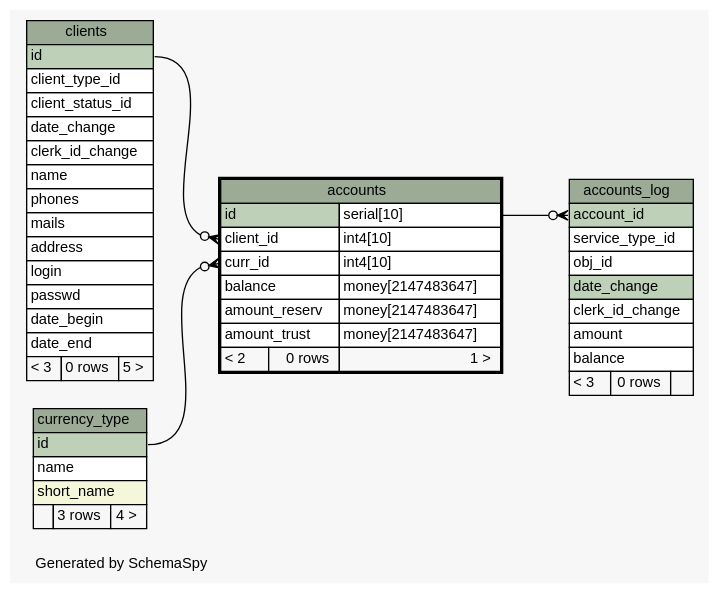
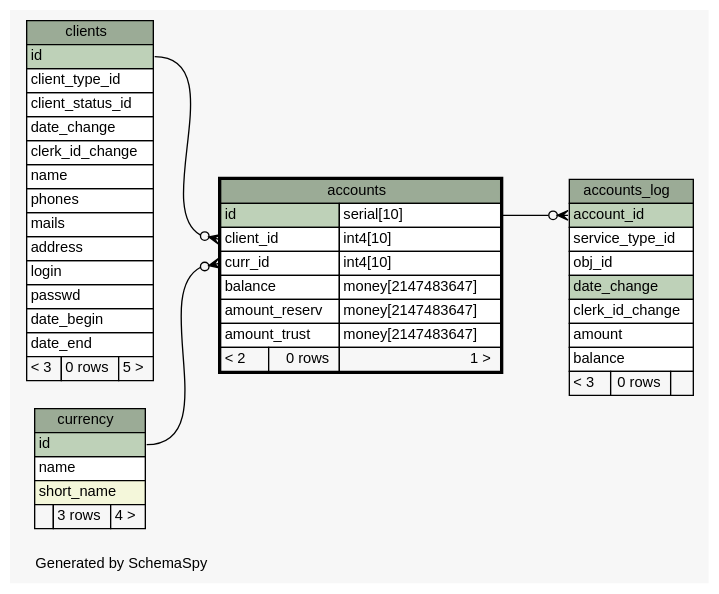
Before and after one commit to okharch/avox: the diagram in db_schema/diagrams/accounts.1degree.dot, drawn with Graphviz. The commit also changed 70 other files, not shown here.

```diff
--- a/db_schema/diagrams/accounts.1degree.dot
+++ b/db_schema/diagrams/accounts.1degree.dot
@@ -1,90 +1,90 @@
 // dot 2.26.0 on Linux 2.6.32-358.2.1.el6.x86_64
 // SchemaSpy rev 590
 digraph "oneDegreeRelationshipsDiagram" {
   graph [
     rankdir="RL"
     bgcolor="#f7f7f7"
     label="\nGenerated by SchemaSpy"
     labeljust="l"
     nodesep="0.18"
     ranksep="0.46"
     fontname="Helvetica"
     fontsize="11"
   ];
   node [
     fontname="Helvetica"
     fontsize="11"
     shape="plaintext"
   ];
   edge [
     arrowsize="0.8"
   ];
   "accounts":"client_id":w -> "clients":"id":e [arrowhead=none dir=back arrowtail=crowodot];
-  "accounts":"curr_id":w -> "currency_type":"id":e [arrowhead=none dir=back arrowtail=crowodot];
+  "accounts":"curr_id":w -> "currency":"id":e [arrowhead=none dir=back arrowtail=crowodot];
   "accounts_log":"account_id":w -> "accounts":"id.type":e [arrowhead=none dir=back arrowtail=crowodot];
   "accounts" [
     label=<
     <TABLE BORDER="2" CELLBORDER="1" CELLSPACING="0" BGCOLOR="#ffffff">
       <TR><TD COLSPAN="3" BGCOLOR="#9bab96" ALIGN="CENTER">accounts</TD></TR>
       <TR><TD PORT="id" COLSPAN="2" BGCOLOR="#bed1b8" ALIGN="LEFT">id</TD><TD PORT="id.type" ALIGN="LEFT">serial[10]</TD></TR>
       <TR><TD PORT="client_id" COLSPAN="2" ALIGN="LEFT">client_id</TD><TD PORT="client_id.type" ALIGN="LEFT">int4[10]</TD></TR>
       <TR><TD PORT="curr_id" COLSPAN="2" ALIGN="LEFT">curr_id</TD><TD PORT="curr_id.type" ALIGN="LEFT">int4[10]</TD></TR>
       <TR><TD PORT="balance" COLSPAN="2" ALIGN="LEFT">balance</TD><TD PORT="balance.type" ALIGN="LEFT">money[2147483647]</TD></TR>
       <TR><TD PORT="amount_reserv" COLSPAN="2" ALIGN="LEFT">amount_reserv</TD><TD PORT="amount_reserv.type" ALIGN="LEFT">money[2147483647]</TD></TR>
       <TR><TD PORT="amount_trust" COLSPAN="2" ALIGN="LEFT">amount_trust</TD><TD PORT="amount_trust.type" ALIGN="LEFT">money[2147483647]</TD></TR>
       <TR><TD ALIGN="LEFT" BGCOLOR="#f7f7f7">&lt; 2</TD><TD ALIGN="RIGHT" BGCOLOR="#f7f7f7">0 rows</TD><TD ALIGN="RIGHT" BGCOLOR="#f7f7f7">1 &gt;</TD></TR>
     </TABLE>>
     URL="accounts.html"
     tooltip="accounts"
   ];
   "accounts_log" [
     label=<
     <TABLE BORDER="0" CELLBORDER="1" CELLSPACING="0" BGCOLOR="#ffffff">
       <TR><TD COLSPAN="3" BGCOLOR="#9bab96" ALIGN="CENTER">accounts_log</TD></TR>
       <TR><TD PORT="account_id" COLSPAN="3" BGCOLOR="#bed1b8" ALIGN="LEFT">account_id</TD></TR>
       <TR><TD PORT="service_type_id" COLSPAN="3" ALIGN="LEFT">service_type_id</TD></TR>
       <TR><TD PORT="obj_id" COLSPAN="3" ALIGN="LEFT">obj_id</TD></TR>
       <TR><TD PORT="date_change" COLSPAN="3" BGCOLOR="#bed1b8" ALIGN="LEFT">date_change</TD></TR>
       <TR><TD PORT="clerk_id_change" COLSPAN="3" ALIGN="LEFT">clerk_id_change</TD></TR>
       <TR><TD PORT="amount" COLSPAN="3" ALIGN="LEFT">amount</TD></TR>
       <TR><TD PORT="balance" COLSPAN="3" ALIGN="LEFT">balance</TD></TR>
       <TR><TD ALIGN="LEFT" BGCOLOR="#f7f7f7">&lt; 3</TD><TD ALIGN="RIGHT" BGCOLOR="#f7f7f7">0 rows</TD><TD ALIGN="RIGHT" BGCOLOR="#f7f7f7">  </TD></TR>
     </TABLE>>
     URL="accounts_log.html"
     tooltip="accounts_log"
   ];
   "clients" [
     label=<
     <TABLE BORDER="0" CELLBORDER="1" CELLSPACING="0" BGCOLOR="#ffffff">
       <TR><TD COLSPAN="3" BGCOLOR="#9bab96" ALIGN="CENTER">clients</TD></TR>
       <TR><TD PORT="id" COLSPAN="3" BGCOLOR="#bed1b8" ALIGN="LEFT">id</TD></TR>
       <TR><TD PORT="client_type_id" COLSPAN="3" ALIGN="LEFT">client_type_id</TD></TR>
       <TR><TD PORT="client_status_id" COLSPAN="3" ALIGN="LEFT">client_status_id</TD></TR>
       <TR><TD PORT="date_change" COLSPAN="3" ALIGN="LEFT">date_change</TD></TR>
       <TR><TD PORT="clerk_id_change" COLSPAN="3" ALIGN="LEFT">clerk_id_change</TD></TR>
       <TR><TD PORT="name" COLSPAN="3" ALIGN="LEFT">name</TD></TR>
       <TR><TD PORT="phones" COLSPAN="3" ALIGN="LEFT">phones</TD></TR>
       <TR><TD PORT="mails" COLSPAN="3" ALIGN="LEFT">mails</TD></TR>
       <TR><TD PORT="address" COLSPAN="3" ALIGN="LEFT">address</TD></TR>
       <TR><TD PORT="login" COLSPAN="3" ALIGN="LEFT">login</TD></TR>
       <TR><TD PORT="passwd" COLSPAN="3" ALIGN="LEFT">passwd</TD></TR>
       <TR><TD PORT="date_begin" COLSPAN="3" ALIGN="LEFT">date_begin</TD></TR>
       <TR><TD PORT="date_end" COLSPAN="3" ALIGN="LEFT">date_end</TD></TR>
       <TR><TD ALIGN="LEFT" BGCOLOR="#f7f7f7">&lt; 3</TD><TD ALIGN="RIGHT" BGCOLOR="#f7f7f7">0 rows</TD><TD ALIGN="RIGHT" BGCOLOR="#f7f7f7">5 &gt;</TD></TR>
     </TABLE>>
     URL="clients.html"
     tooltip="clients"
   ];
-  "currency_type" [
+  "currency" [
     label=<
     <TABLE BORDER="0" CELLBORDER="1" CELLSPACING="0" BGCOLOR="#ffffff">
-      <TR><TD COLSPAN="3" BGCOLOR="#9bab96" ALIGN="CENTER">currency_type</TD></TR>
+      <TR><TD COLSPAN="3" BGCOLOR="#9bab96" ALIGN="CENTER">currency</TD></TR>
       <TR><TD PORT="id" COLSPAN="3" BGCOLOR="#bed1b8" ALIGN="LEFT">id</TD></TR>
       <TR><TD PORT="name" COLSPAN="3" ALIGN="LEFT">name</TD></TR>
       <TR><TD PORT="short_name" COLSPAN="3" BGCOLOR="#f4f7da" ALIGN="LEFT">short_name</TD></TR>
       <TR><TD ALIGN="LEFT" BGCOLOR="#f7f7f7">  </TD><TD ALIGN="RIGHT" BGCOLOR="#f7f7f7">3 rows</TD><TD ALIGN="RIGHT" BGCOLOR="#f7f7f7">4 &gt;</TD></TR>
     </TABLE>>
-    URL="currency_type.html"
-    tooltip="currency_type"
+    URL="currency.html"
+    tooltip="currency"
   ];
 }
```
